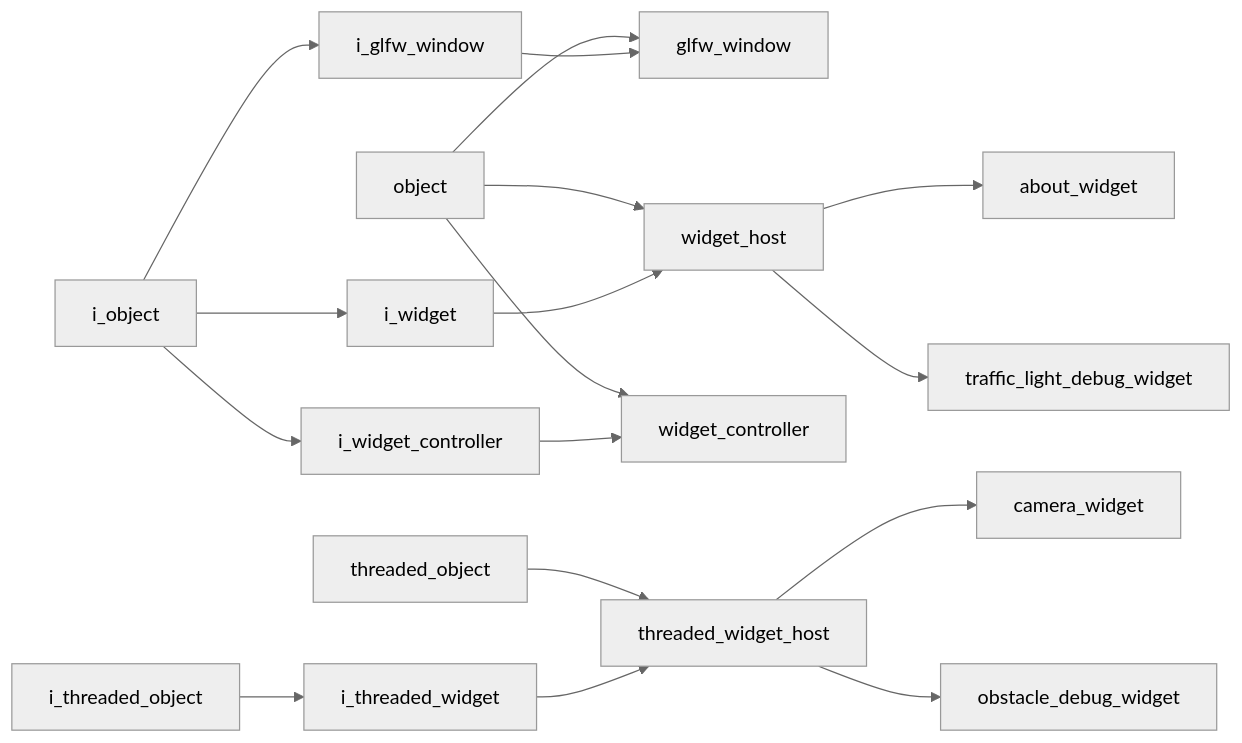
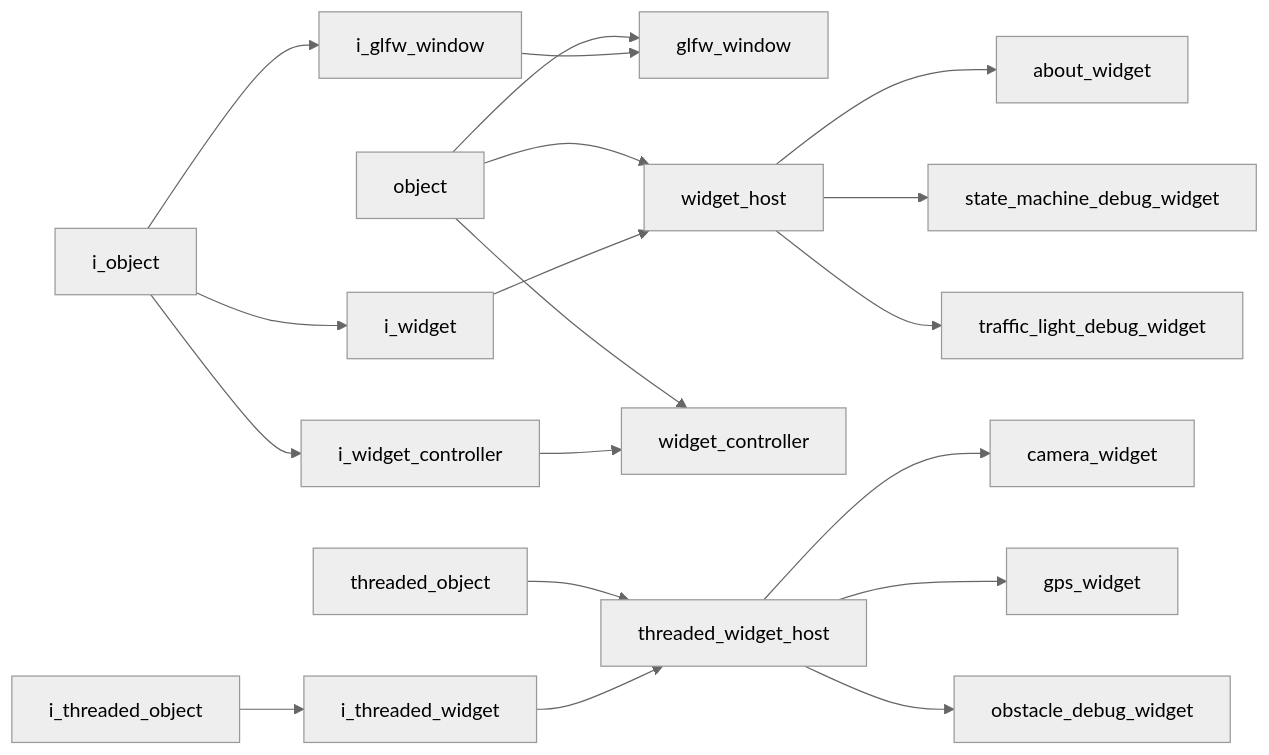
The diagram in docs/codebase/namespaces/gui/index.md (kasper-szczerba/acs_wiki), drawn with Mermaid (neutral theme) before and after one commit. The commit also changed other lines of this file and 34 other files, not shown here.

Commit message:
updated the wiki post gps addition

````diff
--- a/docs/codebase/namespaces/gui/index.md
+++ b/docs/codebase/namespaces/gui/index.md
@@ -29,35 +31,39 @@
 ```mermaid
 graph LR
     C__DEV_vs_projects_acs_wiki_docs_codebase_namespaces_core_implementations_object["object"]
     C__DEV_vs_projects_acs_wiki_docs_codebase_namespaces_core_implementations_threaded_object["threaded_object"]
     C__DEV_vs_projects_acs_wiki_docs_codebase_namespaces_core_interfaces_i_object["i_object"]
     C__DEV_vs_projects_acs_wiki_docs_codebase_namespaces_core_interfaces_i_threaded_object["i_threaded_object"]
     C__DEV_vs_projects_acs_wiki_docs_codebase_namespaces_gui_implementations_glfw_window["glfw_window"]
     C__DEV_vs_projects_acs_wiki_docs_codebase_namespaces_gui_implementations_threaded_widget_host["threaded_widget_host"]
     C__DEV_vs_projects_acs_wiki_docs_codebase_namespaces_gui_implementations_widget_controller["widget_controller"]
     C__DEV_vs_projects_acs_wiki_docs_codebase_namespaces_gui_implementations_widget_host["widget_host"]
     C__DEV_vs_projects_acs_wiki_docs_codebase_namespaces_gui_implementations_widgets_about_widget["about_widget"]
     C__DEV_vs_projects_acs_wiki_docs_codebase_namespaces_gui_implementations_widgets_camera_widget["camera_widget"]
+    C__DEV_vs_projects_acs_wiki_docs_codebase_namespaces_gui_implementations_widgets_gps_widget["gps_widget"]
     C__DEV_vs_projects_acs_wiki_docs_codebase_namespaces_gui_implementations_widgets_obstacle_debug_widget["obstacle_debug_widget"]
+    C__DEV_vs_projects_acs_wiki_docs_codebase_namespaces_gui_implementations_widgets_state_machine_debug_widget["state_machine_debug_widget"]
     C__DEV_vs_projects_acs_wiki_docs_codebase_namespaces_gui_implementations_widgets_traffic_light_debug_widget["traffic_light_debug_widget"]
     C__DEV_vs_projects_acs_wiki_docs_codebase_namespaces_gui_interfaces_i_glfw_window["i_glfw_window"]
     C__DEV_vs_projects_acs_wiki_docs_codebase_namespaces_gui_interfaces_i_threaded_widget["i_threaded_widget"]
     C__DEV_vs_projects_acs_wiki_docs_codebase_namespaces_gui_interfaces_i_widget["i_widget"]
     C__DEV_vs_projects_acs_wiki_docs_codebase_namespaces_gui_interfaces_i_widget_controller["i_widget_controller"]
     C__DEV_vs_projects_acs_wiki_docs_codebase_namespaces_core_implementations_object --> C__DEV_vs_projects_acs_wiki_docs_codebase_namespaces_gui_implementations_glfw_window
     C__DEV_vs_projects_acs_wiki_docs_codebase_namespaces_core_implementations_object --> C__DEV_vs_projects_acs_wiki_docs_codebase_namespaces_gui_implementations_widget_controller
     C__DEV_vs_projects_acs_wiki_docs_codebase_namespaces_core_implementations_object --> C__DEV_vs_projects_acs_wiki_docs_codebase_namespaces_gui_implementations_widget_host
     C__DEV_vs_projects_acs_wiki_docs_codebase_namespaces_core_implementations_threaded_object --> C__DEV_vs_projects_acs_wiki_docs_codebase_namespaces_gui_implementations_threaded_widget_host
     C__DEV_vs_projects_acs_wiki_docs_codebase_namespaces_core_interfaces_i_object --> C__DEV_vs_projects_acs_wiki_docs_codebase_namespaces_gui_interfaces_i_glfw_window
     C__DEV_vs_projects_acs_wiki_docs_codebase_namespaces_core_interfaces_i_object --> C__DEV_vs_projects_acs_wiki_docs_codebase_namespaces_gui_interfaces_i_widget
     C__DEV_vs_projects_acs_wiki_docs_codebase_namespaces_core_interfaces_i_object --> C__DEV_vs_projects_acs_wiki_docs_codebase_namespaces_gui_interfaces_i_widget_controller
     C__DEV_vs_projects_acs_wiki_docs_codebase_namespaces_core_interfaces_i_threaded_object --> C__DEV_vs_projects_acs_wiki_docs_codebase_namespaces_gui_interfaces_i_threaded_widget
     C__DEV_vs_projects_acs_wiki_docs_codebase_namespaces_gui_implementations_threaded_widget_host --> C__DEV_vs_projects_acs_wiki_docs_codebase_namespaces_gui_implementations_widgets_camera_widget
+    C__DEV_vs_projects_acs_wiki_docs_codebase_namespaces_gui_implementations_threaded_widget_host --> C__DEV_vs_projects_acs_wiki_docs_codebase_namespaces_gui_implementations_widgets_gps_widget
     C__DEV_vs_projects_acs_wiki_docs_codebase_namespaces_gui_implementations_threaded_widget_host --> C__DEV_vs_projects_acs_wiki_docs_codebase_namespaces_gui_implementations_widgets_obstacle_debug_widget
     C__DEV_vs_projects_acs_wiki_docs_codebase_namespaces_gui_implementations_widget_host --> C__DEV_vs_projects_acs_wiki_docs_codebase_namespaces_gui_implementations_widgets_about_widget
+    C__DEV_vs_projects_acs_wiki_docs_codebase_namespaces_gui_implementations_widget_host --> C__DEV_vs_projects_acs_wiki_docs_codebase_namespaces_gui_implementations_widgets_state_machine_debug_widget
     C__DEV_vs_projects_acs_wiki_docs_codebase_namespaces_gui_implementations_widget_host --> C__DEV_vs_projects_acs_wiki_docs_codebase_namespaces_gui_implementations_widgets_traffic_light_debug_widget
     C__DEV_vs_projects_acs_wiki_docs_codebase_namespaces_gui_interfaces_i_glfw_window --> C__DEV_vs_projects_acs_wiki_docs_codebase_namespaces_gui_implementations_glfw_window
     C__DEV_vs_projects_acs_wiki_docs_codebase_namespaces_gui_interfaces_i_threaded_widget --> C__DEV_vs_projects_acs_wiki_docs_codebase_namespaces_gui_implementations_threaded_widget_host
     C__DEV_vs_projects_acs_wiki_docs_codebase_namespaces_gui_interfaces_i_widget --> C__DEV_vs_projects_acs_wiki_docs_codebase_namespaces_gui_implementations_widget_host
     C__DEV_vs_projects_acs_wiki_docs_codebase_namespaces_gui_interfaces_i_widget_controller --> C__DEV_vs_projects_acs_wiki_docs_codebase_namespaces_gui_implementations_widget_controller
 ```
````
